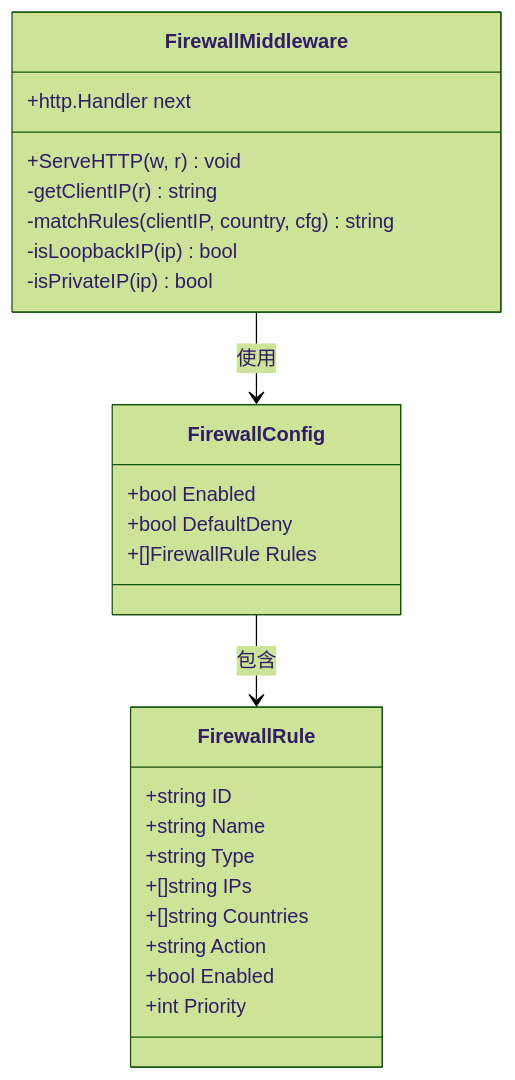
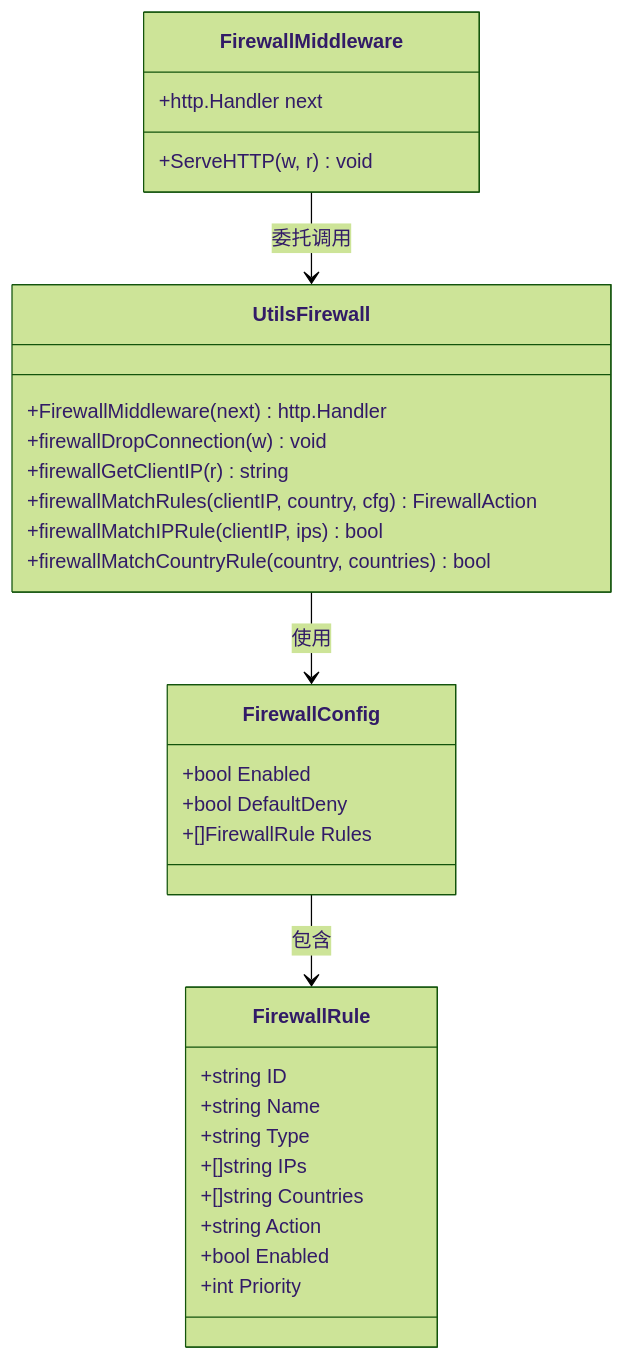
Before and after one commit to yanfanvip/caddy-manager: the third of 8 diagrams in .qoder/repowiki/zh/content/核心模块/中间件系统/防火墙中间件.md, drawn with Mermaid (forest theme). The commit also changed other lines of this file and 7 other files, not shown here.

````diff
--- a/.qoder/repowiki/zh/content/核心模块/中间件系统/防火墙中间件.md
+++ b/.qoder/repowiki/zh/content/核心模块/中间件系统/防火墙中间件.md
@@ -143,28 +166,33 @@
 ```mermaid
 classDiagram
 class FirewallMiddleware {
 +http.Handler next
 +ServeHTTP(w, r) void
--getClientIP(r) string
--matchRules(clientIP, country, cfg) string
--isLoopbackIP(ip) bool
--isPrivateIP(ip) bool
+}
+class UtilsFirewall {
++FirewallMiddleware(next) http.Handler
++firewallDropConnection(w) void
++firewallGetClientIP(r) string
++firewallMatchRules(clientIP, country, cfg) FirewallAction
++firewallMatchIPRule(clientIP, ips) bool
++firewallMatchCountryRule(country, countries) bool
 }
 class FirewallConfig {
 +bool Enabled
 +bool DefaultDeny
 +[]FirewallRule Rules
 }
 class FirewallRule {
 +string ID
 +string Name
 +string Type
 +[]string IPs
 +[]string Countries
 +string Action
 +bool Enabled
 +int Priority
 }
-FirewallMiddleware --> FirewallConfig : 使用
+FirewallMiddleware --> UtilsFirewall : 委托调用
+UtilsFirewall --> FirewallConfig : 使用
 FirewallConfig --> FirewallRule : 包含
 ```
````
